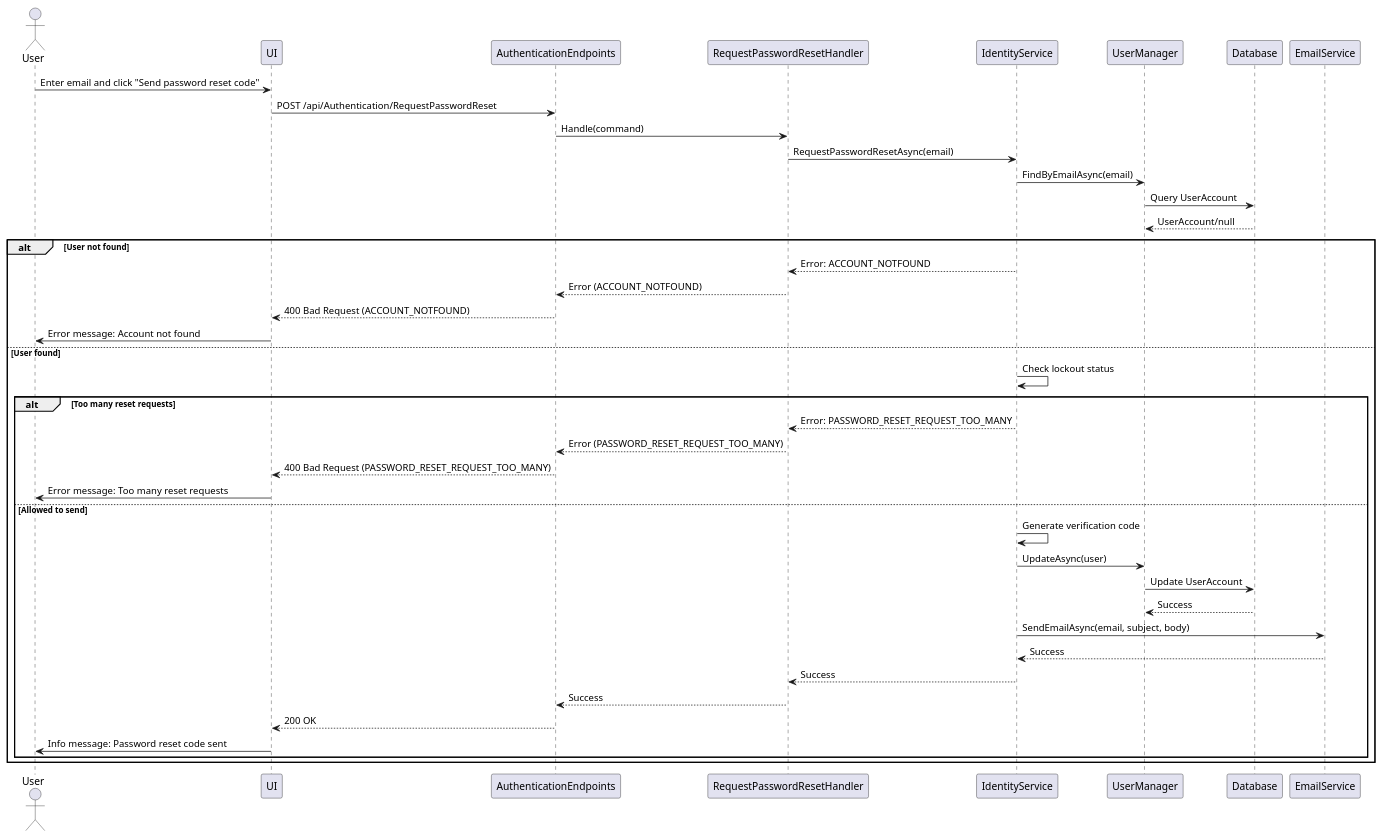
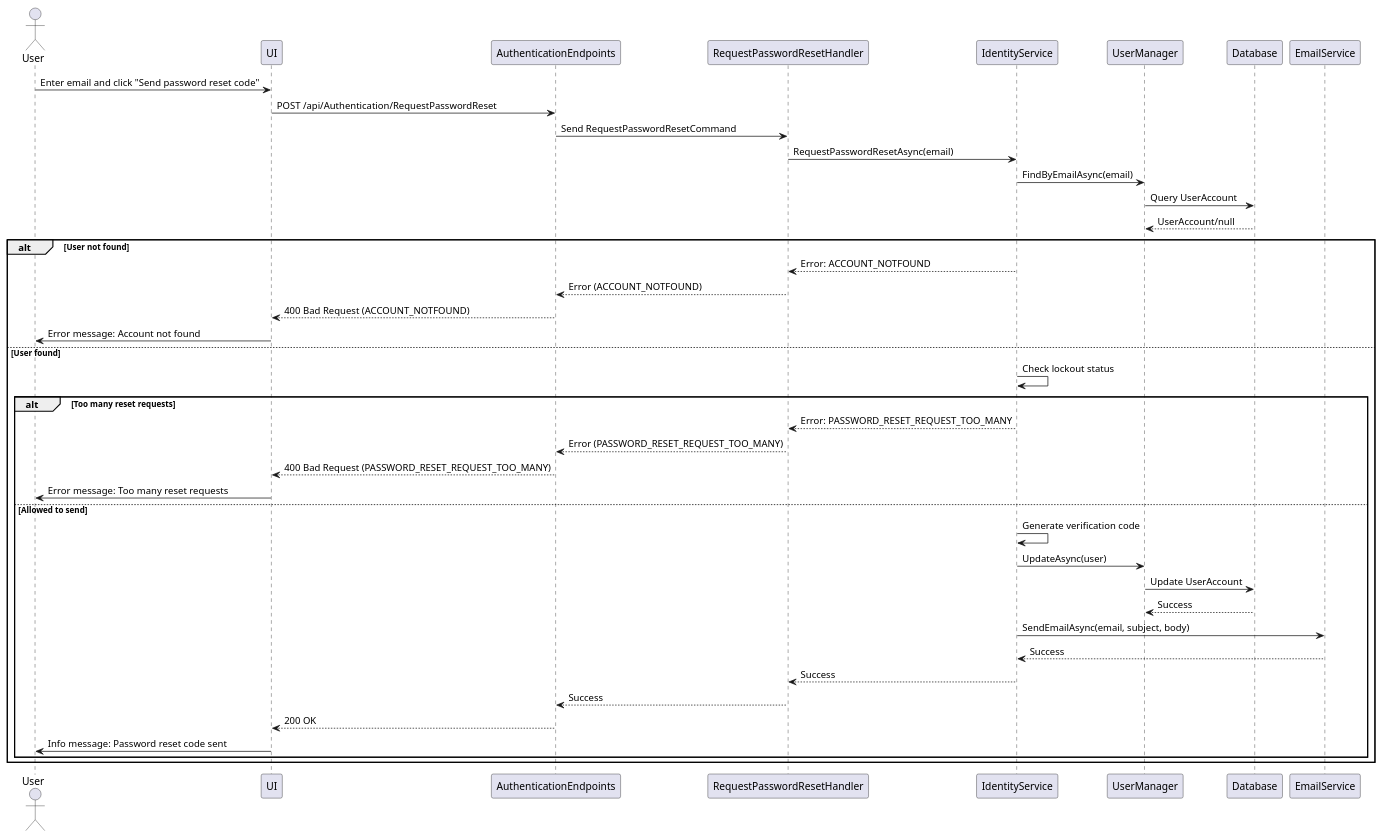
Before and after one commit to thanhkhac/SEP_Diagram: the diagram in authentication/Sequence/08_RequestResetPassword.puml, drawn with PlantUML. The commit also changed 11 other files, not shown here.

First line of the commit message:
Update authentication sequence diagrams and add SetPassword flow

```diff
--- a/authentication/Sequence/08_RequestResetPassword.puml
+++ b/authentication/Sequence/08_RequestResetPassword.puml
@@ -1,44 +1,44 @@
 @startuml
 actor User
 participant UI
 participant AuthenticationEndpoints
 participant RequestPasswordResetHandler
 participant IdentityService
 participant UserManager
 participant Database
 participant EmailService
 
 User -> UI : Enter email and click "Send password reset code"
 UI -> AuthenticationEndpoints : POST /api/Authentication/RequestPasswordReset
-AuthenticationEndpoints -> RequestPasswordResetHandler : Handle(command)
+AuthenticationEndpoints -> RequestPasswordResetHandler : Send RequestPasswordResetCommand
 RequestPasswordResetHandler -> IdentityService : RequestPasswordResetAsync(email)
 IdentityService -> UserManager : FindByEmailAsync(email)
 UserManager -> Database : Query UserAccount
 Database --> UserManager : UserAccount/null
 
 alt User not found
     IdentityService --> RequestPasswordResetHandler : Error: ACCOUNT_NOTFOUND
     RequestPasswordResetHandler --> AuthenticationEndpoints : Error (ACCOUNT_NOTFOUND)
     AuthenticationEndpoints --> UI : 400 Bad Request (ACCOUNT_NOTFOUND)
     UI -> User : Error message: Account not found
 else User found
     IdentityService -> IdentityService : Check lockout status
     alt Too many reset requests
         IdentityService --> RequestPasswordResetHandler : Error: PASSWORD_RESET_REQUEST_TOO_MANY
         RequestPasswordResetHandler --> AuthenticationEndpoints : Error (PASSWORD_RESET_REQUEST_TOO_MANY)
         AuthenticationEndpoints --> UI : 400 Bad Request (PASSWORD_RESET_REQUEST_TOO_MANY)
         UI -> User : Error message: Too many reset requests
     else Allowed to send
         IdentityService -> IdentityService : Generate verification code
         IdentityService -> UserManager : UpdateAsync(user)
         UserManager -> Database : Update UserAccount
         Database --> UserManager : Success
         IdentityService -> EmailService : SendEmailAsync(email, subject, body)
         EmailService --> IdentityService : Success
         IdentityService --> RequestPasswordResetHandler : Success
         RequestPasswordResetHandler --> AuthenticationEndpoints : Success
         AuthenticationEndpoints --> UI : 200 OK
         UI -> User : Info message: Password reset code sent
     end
 end
 @enduml
```
